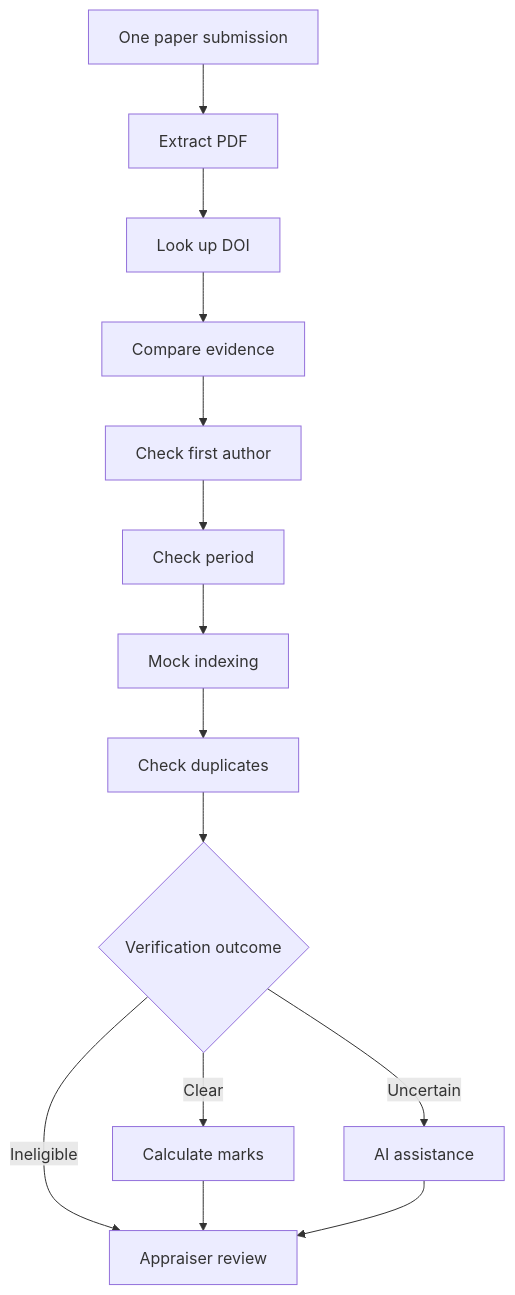
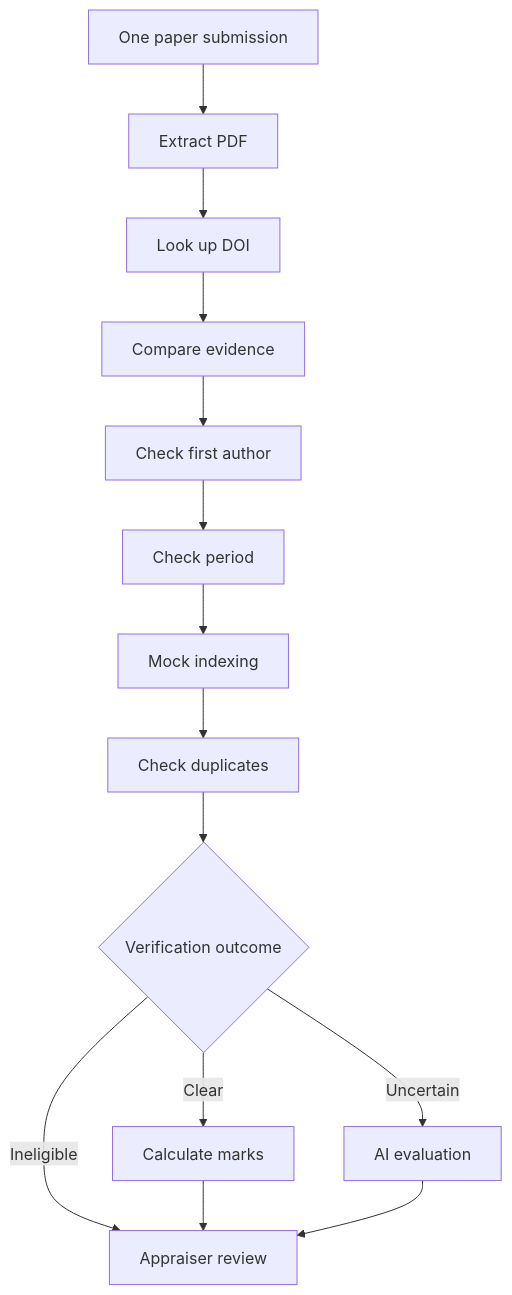
Before and after one commit to Kaushiik-13/KCT_AppraisalPortal: the diagram in docs/PUBLICATION-KPI.md, drawn with Mermaid. The commit also changed other lines of this file and 31 other files, not shown here.

````diff
--- a/docs/PUBLICATION-KPI.md
+++ b/docs/PUBLICATION-KPI.md
@@ -54,16 +54,16 @@
 ```mermaid
 flowchart TD
   Submit[One paper submission] --> Extract[Extract PDF]
   Extract --> Lookup[Look up DOI]
   Lookup --> Compare[Compare evidence]
   Compare --> Author[Check first author]
   Author --> Dates[Check period]
   Dates --> Index[Mock indexing]
   Index --> Duplicate[Check duplicates]
   Duplicate --> Decision{Verification outcome}
   Decision -->|Clear| Score[Calculate marks]
-  Decision -->|Uncertain| AI[AI assistance]
+  Decision -->|Uncertain| AI[AI evaluation]
   Decision -->|Ineligible| Review[Appraiser review]
   Score --> Review
   AI --> Review
 ```
````
